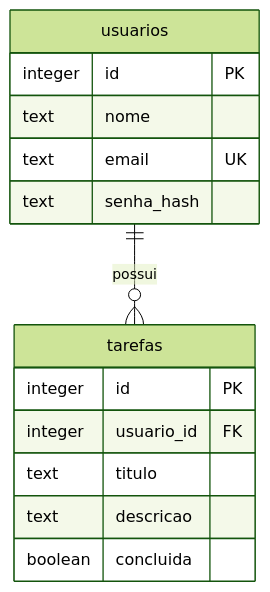
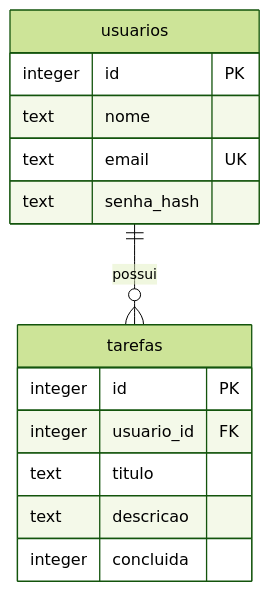
The diagram in README.md (Guilhermeqz/TaskEasy), drawn with Mermaid (forest theme) before and after one commit. The commit also changed other lines of this file, not shown here.

````diff
--- a/README.md
+++ b/README.md
@@ -190,17 +205,17 @@
 ```mermaid
 erDiagram
     usuarios ||--o{ tarefas : possui
     usuarios {
         integer id PK
         text nome
         text email UK
         text senha_hash
     }
     tarefas {
         integer id PK
         integer usuario_id FK
         text titulo
         text descricao
-        boolean concluida
+        integer concluida
     }
 ```
````
